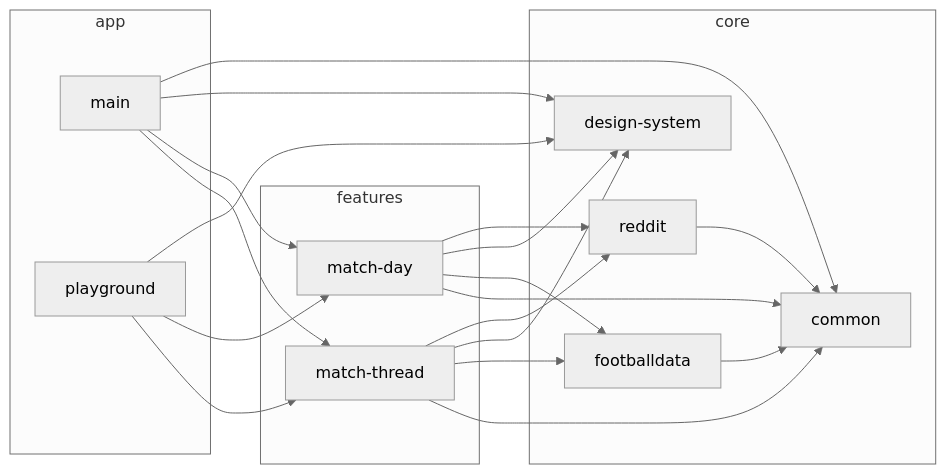
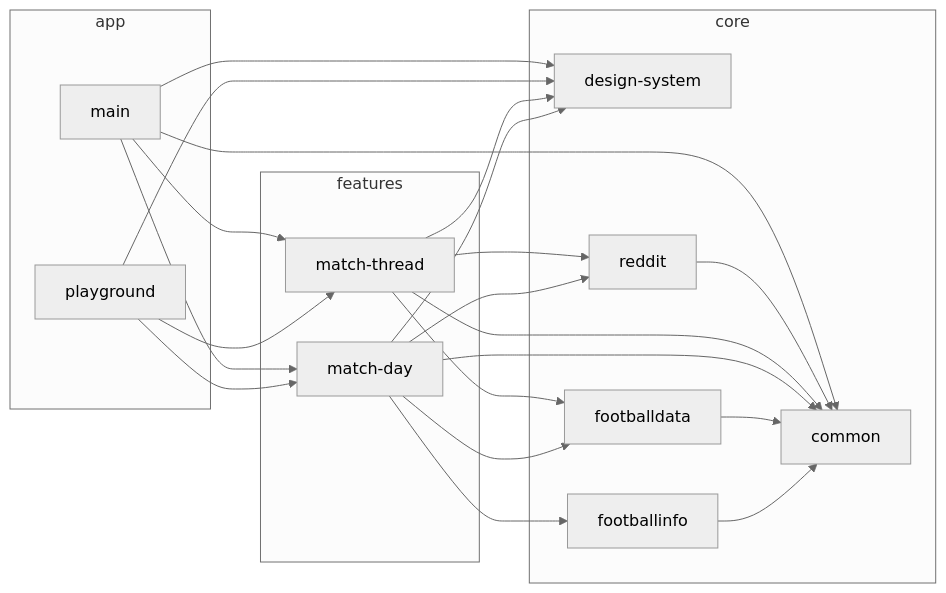
Before and after one commit to iurysza/livematch: the diagram in README.md, drawn with Mermaid. The commit also changed other lines of this file, not shown here.

````diff
--- a/README.md
+++ b/README.md
@@ -68,40 +68,43 @@
 ```mermaid
 %%{
   init: {
     'theme': 'neutral'
   }
 }%%
 
 graph LR
   subgraph app
     main
     playground
   end
   subgraph core
     common
     design-system
     footballdata
+    footballinfo
     reddit
   end
   subgraph features
     match-day
     match-thread
   end
+  footballinfo --> common
   footballdata --> common
   match-day --> common
+  match-day --> footballinfo
   match-day --> footballdata
   match-day --> design-system
   match-day --> reddit
   match-thread --> common
   match-thread --> footballdata
   match-thread --> design-system
   match-thread --> reddit
   playground --> match-thread
   playground --> match-day
   playground --> design-system
   reddit --> common
   main --> match-thread
   main --> match-day
   main --> design-system
   main --> common
 ```
````
